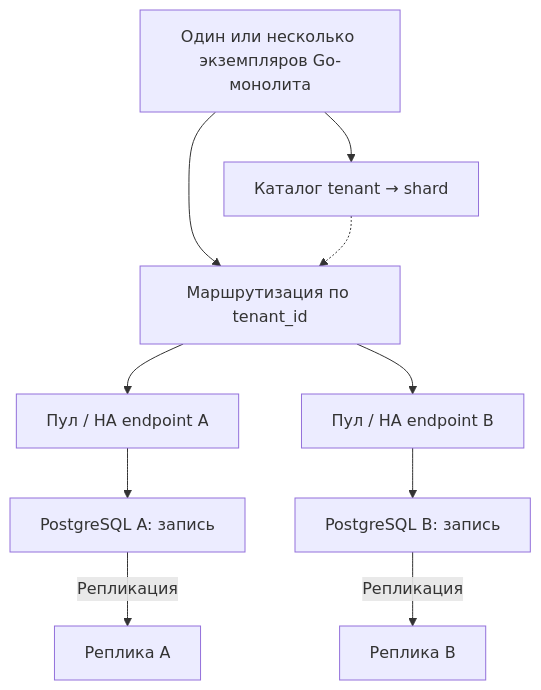
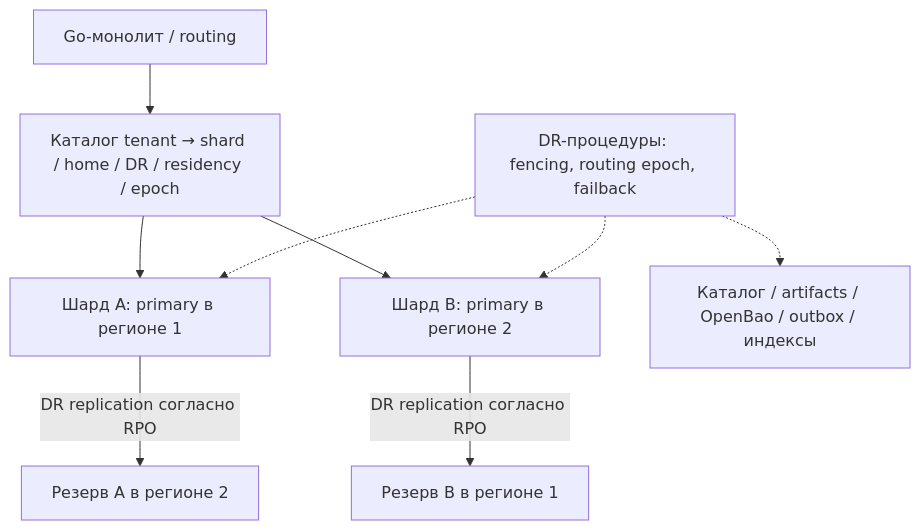
One commit to QgMixtate/surveyscan changed the fifth of 5 diagrams in docs/architecture/go-target-architecture.md. Above: the diagram before and after it, drawn with Mermaid. The commit also changed other lines of this file, not shown here.

Commit message:
docs: R-008 OpenBao, discovery, события, поиск и георезерв; спецификация 0.2

````diff
--- a/docs/architecture/go-target-architecture.md
+++ b/docs/architecture/go-target-architecture.md
@@ -137,12 +156,11 @@
 ```mermaid
 flowchart TB
-    App["Один или несколько экземпляров Go-монолита"] --> Directory["Каталог tenant → shard"]
-    App --> Route["Маршрутизация по tenant_id"]
-    Directory -.-> Route
-    Route --> PoolA["Пул / HA endpoint A"]
-    Route --> PoolB["Пул / HA endpoint B"]
-    PoolA --> PrimaryA["PostgreSQL A: запись"]
-    PoolB --> PrimaryB["PostgreSQL B: запись"]
-    PrimaryA -->|"Репликация"| ReplicaA["Реплика A"]
-    PrimaryB -->|"Репликация"| ReplicaB["Реплика B"]
+    App["Go-монолит / routing"] --> Catalog["Каталог tenant → shard / home / DR / residency / epoch"]
+    Catalog --> A["Шард A: primary в регионе 1"]
+    Catalog --> B["Шард B: primary в регионе 2"]
+    A -->|"DR replication согласно RPO"| ADR["Резерв A в регионе 2"]
+    B -->|"DR replication согласно RPO"| BDR["Резерв B в регионе 1"]
+    DR["DR-процедуры: fencing, routing epoch, failback"] -.-> A
+    DR -.-> B
+    DR -.-> Shared["Каталог / artifacts / OpenBao / outbox / индексы"]
 ```
````
